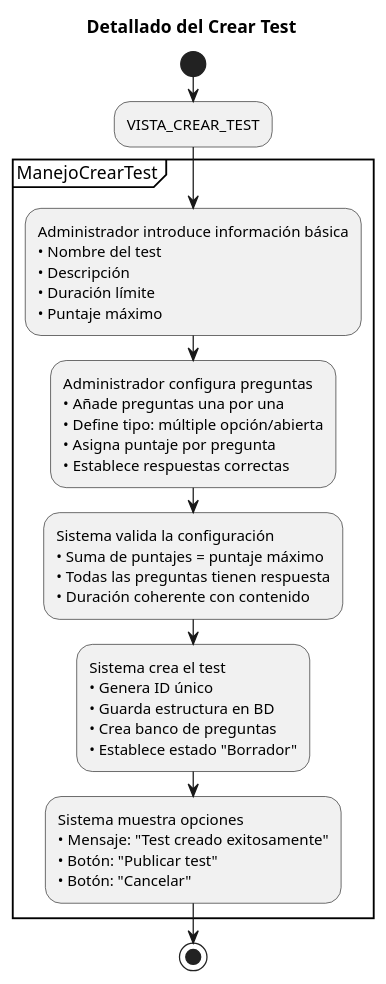
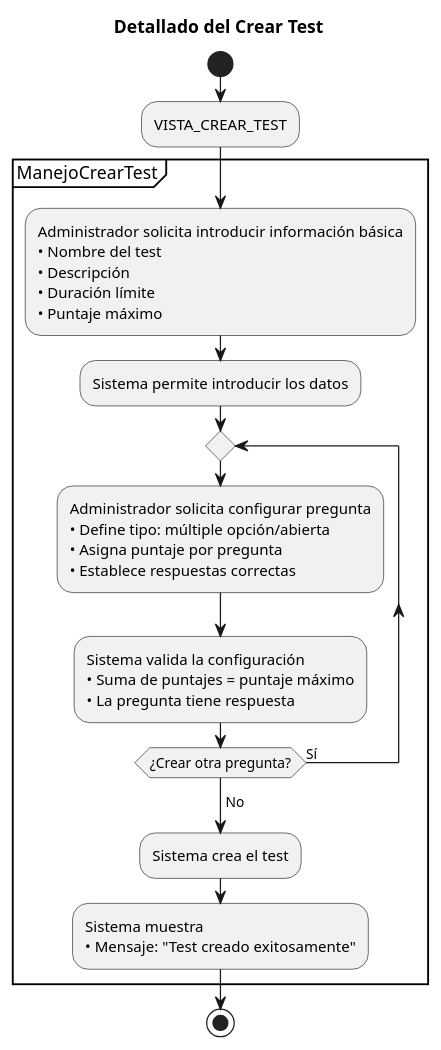
Before and after one commit to Dievex/24-25-IdSw1-SDR: the diagram in casos_de_uso/diagramas_casos_de_uso_detallados/crear_test.puml, drawn with PlantUML. The commit also changed 2 other files, not shown here.

Commit message:
refactor(use-case-diagrams): simplify use case diagrams by removing implementation details

```diff
--- a/casos_de_uso/diagramas_casos_de_uso_detallados/crear_test.puml
+++ b/casos_de_uso/diagramas_casos_de_uso_detallados/crear_test.puml
@@ -1,45 +1,40 @@
 @startuml
 title Detallado del Crear Test
 
 start
 
 :VISTA_CREAR_TEST;
 
 partition ManejoCrearTest {
   
-  :Administrador introduce información básica
+  :Administrador solicita introducir información básica
   • Nombre del test
   • Descripción
   • Duración límite
   • Puntaje máximo;
+
+  :Sistema permite introducir los datos;
   
+  repeat
+    :Administrador solicita configurar pregunta
+    • Define tipo: múltiple opción/abierta
+    • Asigna puntaje por pregunta
+    • Establece respuestas correctas;
+    
+    :Sistema valida la configuración
+    • Suma de puntajes = puntaje máximo
+    • La pregunta tiene respuesta;
+  repeat while (¿Crear otra pregunta?) is (Sí)
+  ->No;
   
-  :Administrador configura preguntas
-  • Añade preguntas una por una
-  • Define tipo: múltiple opción/abierta
-  • Asigna puntaje por pregunta
-  • Establece respuestas correctas;
-  
-  :Sistema valida la configuración
-  • Suma de puntajes = puntaje máximo
-  • Todas las preguntas tienen respuesta
-  • Duración coherente con contenido;
-  
- 
-  :Sistema crea el test
-  • Genera ID único
-  • Guarda estructura en BD
-  • Crea banco de preguntas
-  • Establece estado "Borrador";
+  :Sistema crea el test;
     
- :Sistema muestra opciones
- • Mensaje: "Test creado exitosamente"
- • Botón: "Publicar test"
- • Botón: "Cancelar";
+ :Sistema muestra
+ • Mensaje: "Test creado exitosamente";
     
 
   
 }
 
 stop
 @enduml
```
